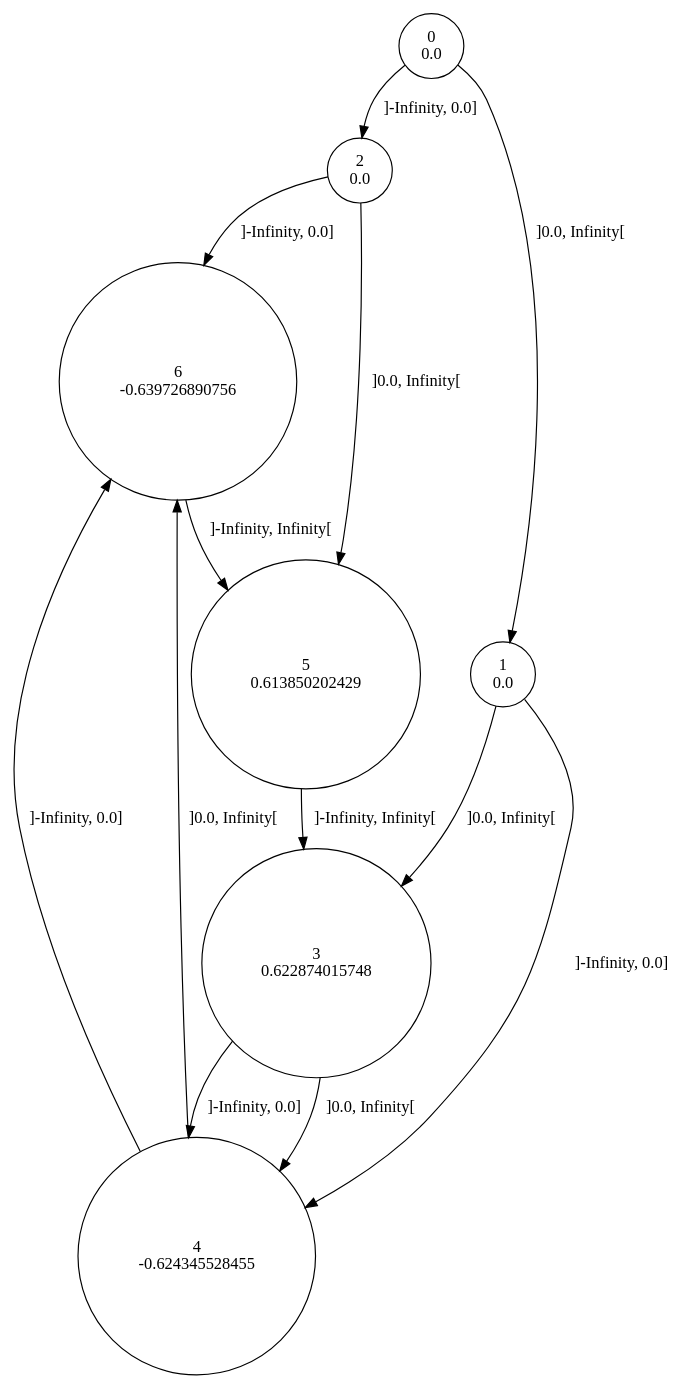
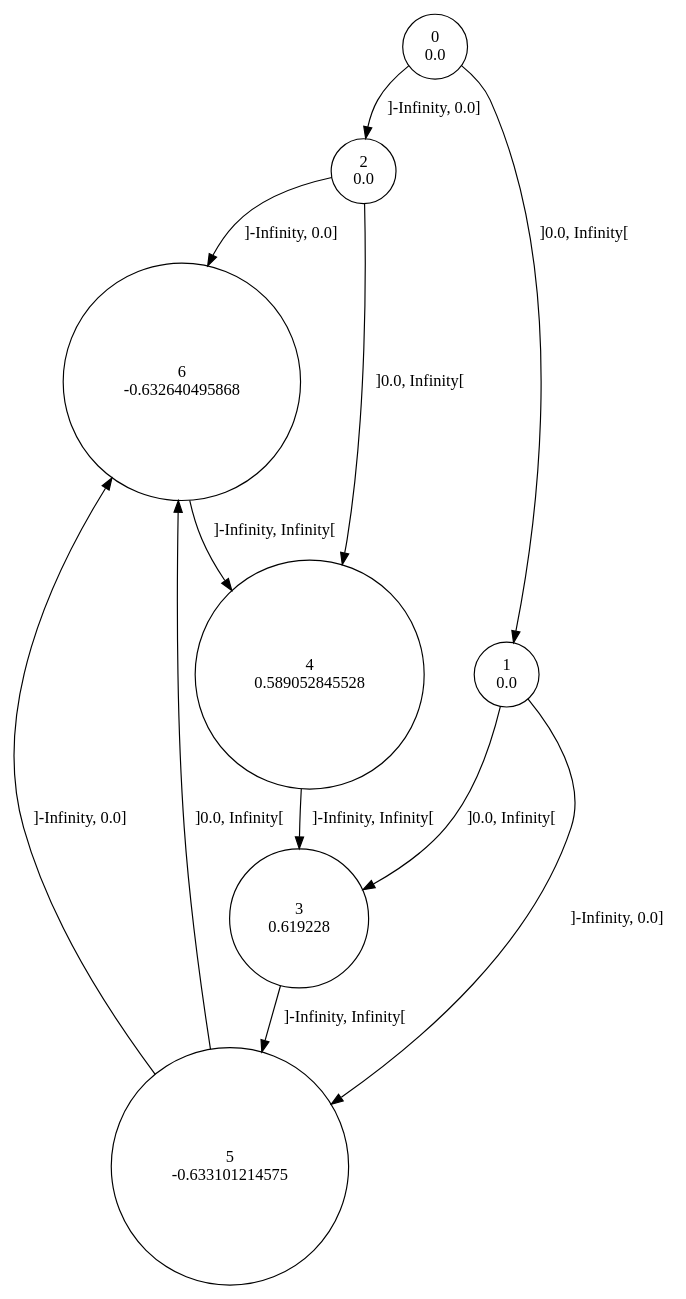
The diagram in sinus/data/8/rtisy.dot (gllpellegrino/RAI_experiments), drawn with Graphviz before and after one commit. The commit also changed 98 other files, not shown here.

```diff
--- a/sinus/data/8/rtisy.dot
+++ b/sinus/data/8/rtisy.dot
@@ -1,21 +1,20 @@
 digraph a {
 0 [shape=circle, label="0\n0.0"];
-	0->2 [ label="]-Infinity, 0.0]"];
-	0->1 [ label="]0.0, Infinity["];
+	0 -> 2 [label="]-Infinity, 0.0]"];
+	0 -> 1 [label="]0.0, Infinity["];
 1 [shape=circle, label="1\n0.0"];
-	1->4 [ label="]-Infinity, 0.0]"];
-	1->3 [ label="]0.0, Infinity["];
+	1 -> 5 [label="]-Infinity, 0.0]"];
+	1 -> 3 [label="]0.0, Infinity["];
 2 [shape=circle, label="2\n0.0"];
-	2->6 [ label="]-Infinity, 0.0]"];
-	2->5 [ label="]0.0, Infinity["];
-3 [shape=circle, label="3\n0.622874015748"];
-	3->4 [ label="]-Infinity, 0.0]"];
-	3->4 [ label="]0.0, Infinity["];
-4 [shape=circle, label="4\n-0.624345528455"];
-	4->6 [ label="]-Infinity, 0.0]"];
-	4->6 [ label="]0.0, Infinity["];
-5 [shape=circle, label="5\n0.613850202429"];
-	5->3 [ label="]-Infinity, Infinity["];
-6 [shape=circle, label="6\n-0.639726890756"];
-	6->5 [ label="]-Infinity, Infinity["];
+	2 -> 6 [label="]-Infinity, 0.0]"];
+	2 -> 4 [label="]0.0, Infinity["];
+3 [shape=circle, label="3\n0.619228"];
+	3 -> 5 [label="]-Infinity, Infinity["];
+4 [shape=circle, label="4\n0.589052845528"];
+	4 -> 3 [label="]-Infinity, Infinity["];
+5 [shape=circle, label="5\n-0.633101214575"];
+	5 -> 6 [label="]-Infinity, 0.0]"];
+	5 -> 6 [label="]0.0, Infinity["];
+6 [shape=circle, label="6\n-0.632640495868"];
+	6 -> 4 [label="]-Infinity, Infinity["];
 }
```
